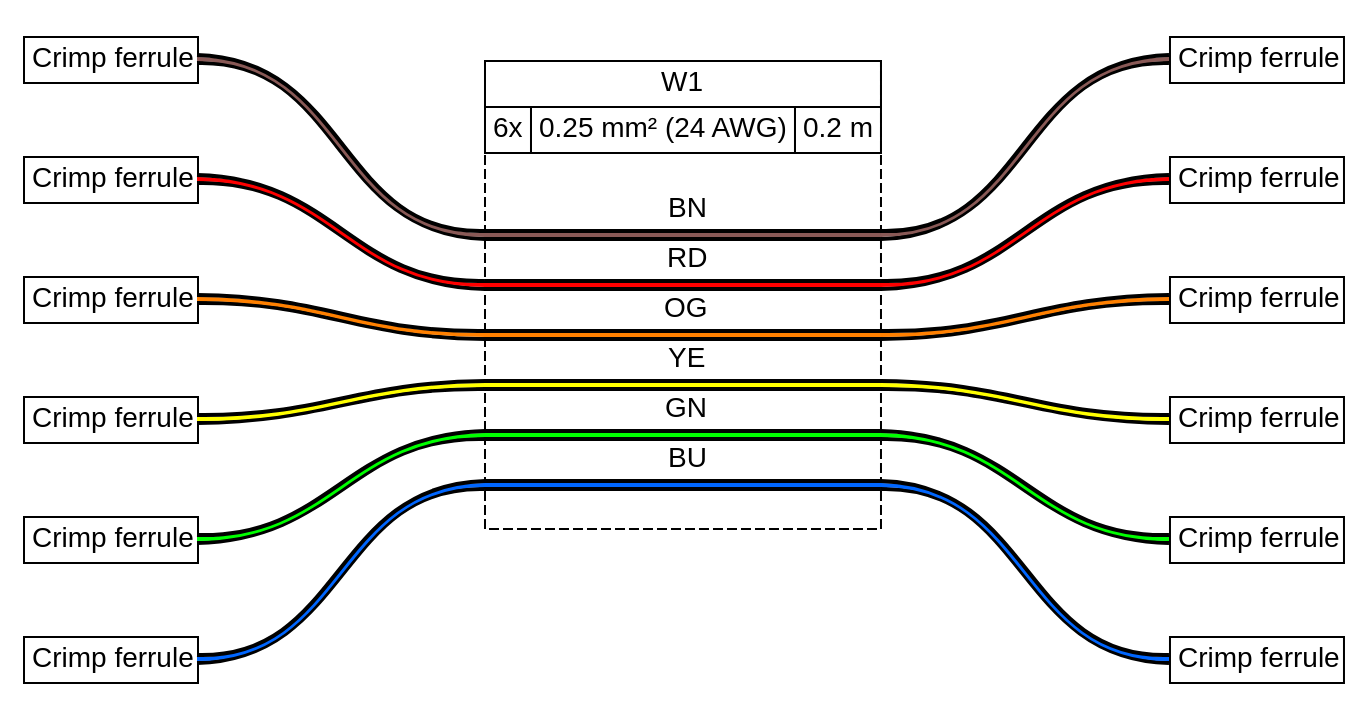
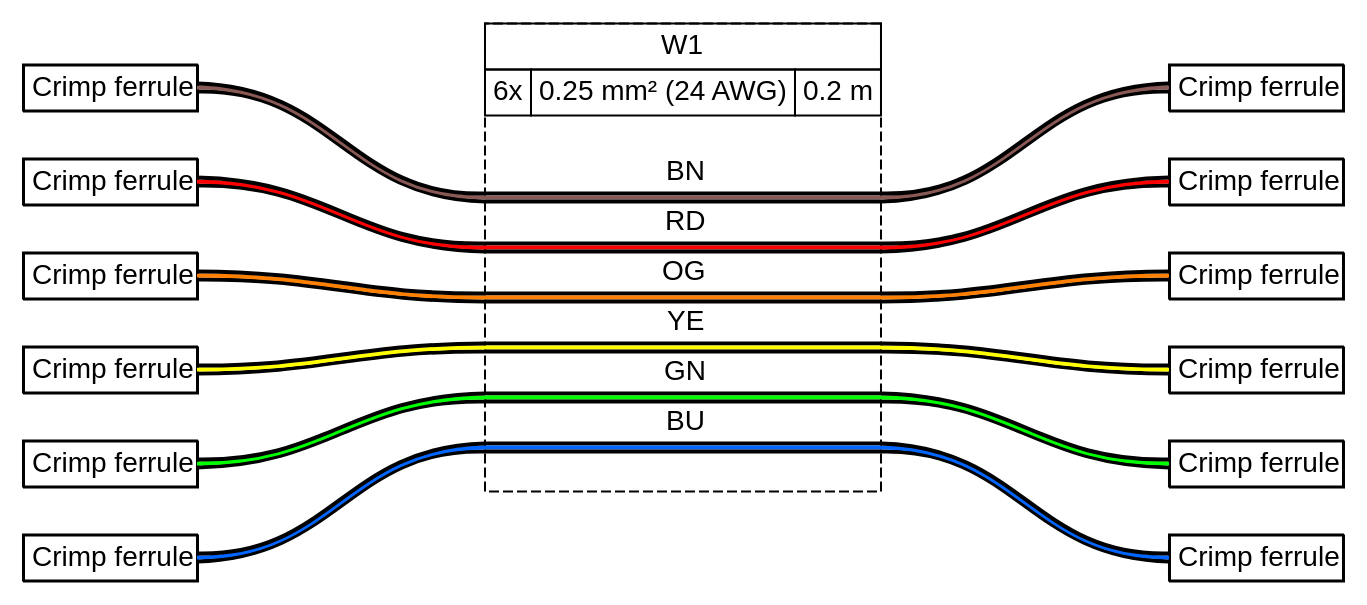
One commit to wireviz/WireViz changed the diagram in examples/ex04.gv. Above: the diagram before and after it, drawn with Graphviz. The commit also changed 100 other files, not shown here.

```diff
--- a/examples/ex04.gv
+++ b/examples/ex04.gv
@@ -1,8 +1,8 @@
 graph {
-// Graph generated by WireViz 0.2
+// Graph generated by WireViz 0.3
 // https://github.com/formatc1702/WireViz
-	graph [bgcolor=white fontname=arial nodesep=0.33 rankdir=LR ranksep=2]
-	node [fillcolor=white fontname=arial shape=record style=filled]
+	graph [bgcolor="#FFFFFF" fontname=arial nodesep=0.33 rankdir=LR ranksep=2]
+	node [fillcolor="#FFFFFF" fontname=arial height=0 margin=0 shape=none style=filled width=0]
 	edge [fontname=arial style=bold]
 	_ferrule_crimp_1 [label=<
 <table border="0" cellspacing="0" cellpadding="0">
@@ -12,7 +12,7 @@
   </tr></table>
  </td></tr>
 </table>
-> fillcolor=white margin=0 shape=none style=filled]
+> fillcolor="#FFFFFF" shape=box style=filled]
 	_ferrule_crimp_2 [label=<
 <table border="0" cellspacing="0" cellpadding="0">
  <tr><td>
@@ -21,7 +21,7 @@
   </tr></table>
  </td></tr>
 </table>
-> fillcolor=white margin=0 shape=none style=filled]
+> fillcolor="#FFFFFF" shape=box style=filled]
 	_ferrule_crimp_3 [label=<
 <table border="0" cellspacing="0" cellpadding="0">
  <tr><td>
@@ -30,7 +30,7 @@
   </tr></table>
  </td></tr>
 </table>
-> fillcolor=white margin=0 shape=none style=filled]
+> fillcolor="#FFFFFF" shape=box style=filled]
 	_ferrule_crimp_4 [label=<
 <table border="0" cellspacing="0" cellpadding="0">
  <tr><td>
@@ -39,7 +39,7 @@
   </tr></table>
  </td></tr>
 </table>
-> fillcolor=white margin=0 shape=none style=filled]
+> fillcolor="#FFFFFF" shape=box style=filled]
 	_ferrule_crimp_5 [label=<
 <table border="0" cellspacing="0" cellpadding="0">
  <tr><td>
@@ -48,7 +48,7 @@
   </tr></table>
  </td></tr>
 </table>
-> fillcolor=white margin=0 shape=none style=filled]
+> fillcolor="#FFFFFF" shape=box style=filled]
 	_ferrule_crimp_6 [label=<
 <table border="0" cellspacing="0" cellpadding="0">
  <tr><td>
@@ -57,7 +57,7 @@
   </tr></table>
  </td></tr>
 </table>
-> fillcolor=white margin=0 shape=none style=filled]
+> fillcolor="#FFFFFF" shape=box style=filled]
 	_ferrule_crimp_7 [label=<
 <table border="0" cellspacing="0" cellpadding="0">
  <tr><td>
@@ -66,7 +66,7 @@
   </tr></table>
  </td></tr>
 </table>
-> fillcolor=white margin=0 shape=none style=filled]
+> fillcolor="#FFFFFF" shape=box style=filled]
 	_ferrule_crimp_8 [label=<
 <table border="0" cellspacing="0" cellpadding="0">
  <tr><td>
@@ -75,7 +75,7 @@
   </tr></table>
  </td></tr>
 </table>
-> fillcolor=white margin=0 shape=none style=filled]
+> fillcolor="#FFFFFF" shape=box style=filled]
 	_ferrule_crimp_9 [label=<
 <table border="0" cellspacing="0" cellpadding="0">
  <tr><td>
@@ -84,7 +84,7 @@
   </tr></table>
  </td></tr>
 </table>
-> fillcolor=white margin=0 shape=none style=filled]
+> fillcolor="#FFFFFF" shape=box style=filled]
 	_ferrule_crimp_10 [label=<
 <table border="0" cellspacing="0" cellpadding="0">
  <tr><td>
@@ -93,7 +93,7 @@
   </tr></table>
  </td></tr>
 </table>
-> fillcolor=white margin=0 shape=none style=filled]
+> fillcolor="#FFFFFF" shape=box style=filled]
 	_ferrule_crimp_11 [label=<
 <table border="0" cellspacing="0" cellpadding="0">
  <tr><td>
@@ -102,7 +102,7 @@
   </tr></table>
  </td></tr>
 </table>
-> fillcolor=white margin=0 shape=none style=filled]
+> fillcolor="#FFFFFF" shape=box style=filled]
 	_ferrule_crimp_12 [label=<
 <table border="0" cellspacing="0" cellpadding="0">
  <tr><td>
@@ -111,7 +111,7 @@
   </tr></table>
  </td></tr>
 </table>
-> fillcolor=white margin=0 shape=none style=filled]
+> fillcolor="#FFFFFF" shape=box style=filled]
 	edge [color="#000000:#895956:#000000"]
 	_ferrule_crimp_1:e -- W1:w1:w
 	W1:w1:e -- _ferrule_crimp_7:w
@@ -149,7 +149,9 @@
    <tr><td>&nbsp;</td></tr>
    <tr>
     <td></td>
-    <td>BN</td>
+    <td>
+     BN
+    </td>
     <td></td>
    </tr>
    <tr>
@@ -163,7 +165,9 @@
    </tr>
    <tr>
     <td></td>
-    <td>RD</td>
+    <td>
+     RD
+    </td>
     <td></td>
    </tr>
    <tr>
@@ -177,7 +181,9 @@
    </tr>
    <tr>
     <td></td>
-    <td>OG</td>
+    <td>
+     OG
+    </td>
     <td></td>
    </tr>
    <tr>
@@ -191,7 +197,9 @@
    </tr>
    <tr>
     <td></td>
-    <td>YE</td>
+    <td>
+     YE
+    </td>
     <td></td>
    </tr>
    <tr>
@@ -205,7 +213,9 @@
    </tr>
    <tr>
     <td></td>
-    <td>GN</td>
+    <td>
+     GN
+    </td>
     <td></td>
    </tr>
    <tr>
@@ -219,7 +229,9 @@
    </tr>
    <tr>
     <td></td>
-    <td>BU</td>
+    <td>
+     BU
+    </td>
     <td></td>
    </tr>
    <tr>
@@ -235,5 +247,5 @@
   </table>
  </td></tr>
 </table>
-> fillcolor=white margin=0 shape=box style="filled,dashed"]
+> fillcolor="#FFFFFF" shape=box style="filled,dashed"]
 }
```
